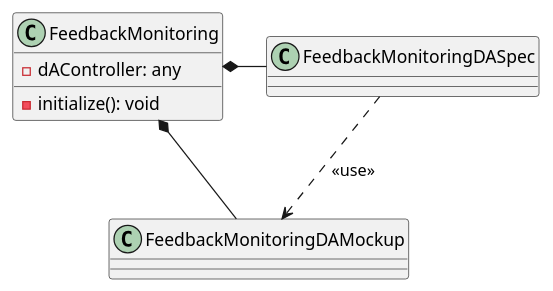
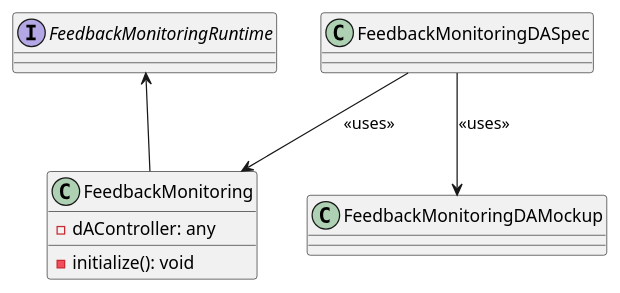
The diagram in src/modularPlantManager/pea/dataAssembly/_extensions/feedbackMonitoringDA/FeedbackMonitoring.puml (p2o-lab/polaris-backend), drawn with PlantUML before and after one commit. The commit also changed 138 other files, not shown here.

```diff
--- a/src/modularPlantManager/pea/dataAssembly/_extensions/feedbackMonitoringDA/FeedbackMonitoring.puml
+++ b/src/modularPlantManager/pea/dataAssembly/_extensions/feedbackMonitoringDA/FeedbackMonitoring.puml
@@ -26,14 +26,15 @@
 @startuml
 'https://plantuml.com/class-diagram
 
+interface FeedbackMonitoringRuntime
 
 class FeedbackMonitoring{
     - dAController: any
     - initialize(): void
 }
 
-FeedbackMonitoring *- FeedbackMonitoringDASpec
-FeedbackMonitoringDASpec ..> FeedbackMonitoringDAMockup : <<use>>
-FeedbackMonitoring *- FeedbackMonitoringDAMockup
+FeedbackMonitoringRuntime <-- FeedbackMonitoring
+FeedbackMonitoringDASpec --> FeedbackMonitoring : <<uses>>
+FeedbackMonitoringDASpec --> FeedbackMonitoringDAMockup : <<uses>>
 
 @enduml
```
